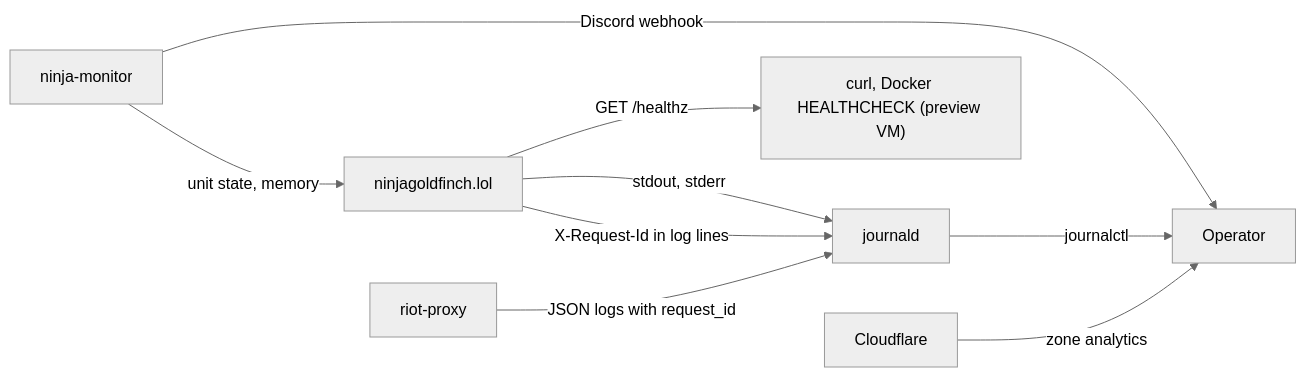
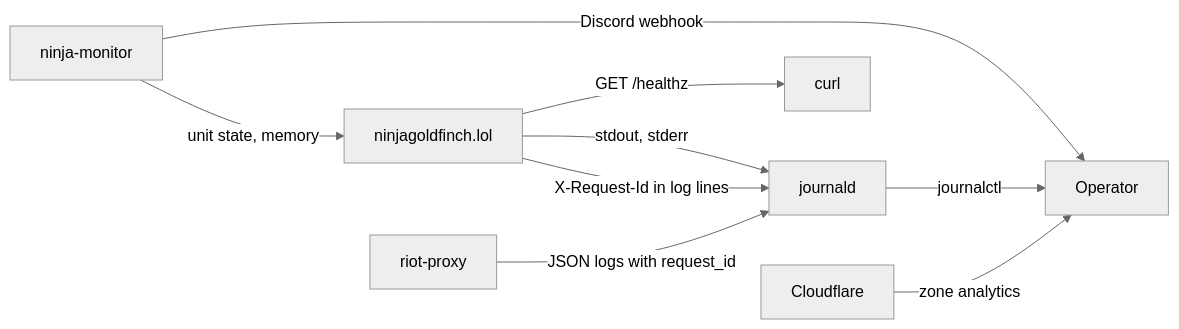
One commit to NinjaGoldfinch/ninjagoldfinch-lol changed the diagram in docs/operations/observability.md. Above: the diagram before and after it, drawn with Mermaid (neutral theme). The commit also changed other lines of this file and 34 other files, not shown here.

First line of the commit message:
chore(deploy): remove the Docker preview path

````diff
--- a/docs/operations/observability.md
+++ b/docs/operations/observability.md
@@ -9,11 +9,11 @@
 ```mermaid
 flowchart LR
     Site["ninjagoldfinch.lol"] -->|"stdout, stderr"| Journal["journald"]
-    Site -->|"GET /healthz"| Probe["curl, Docker HEALTHCHECK (preview VM)"]
+    Site -->|"GET /healthz"| Probe["curl"]
     Monitor["ninja-monitor"] -->|"unit state, memory"| Site
     Monitor -->|"Discord webhook"| Owner["Operator"]
     Journal -->|"journalctl"| Owner
     Site -->|"X-Request-Id in log lines"| Journal
     Proxy["riot-proxy"] -->|"JSON logs with request_id"| Journal
     Cloudflare -->|"zone analytics"| Owner
 ```
````
